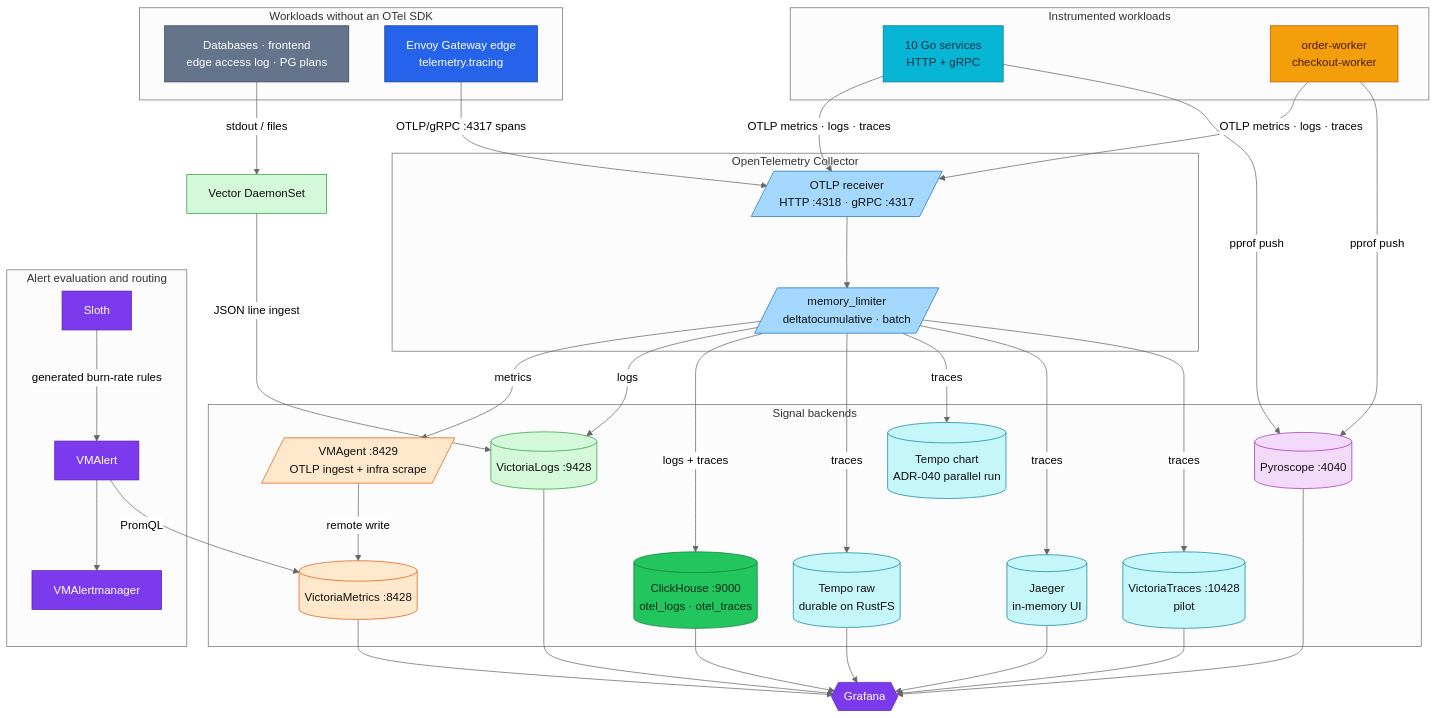
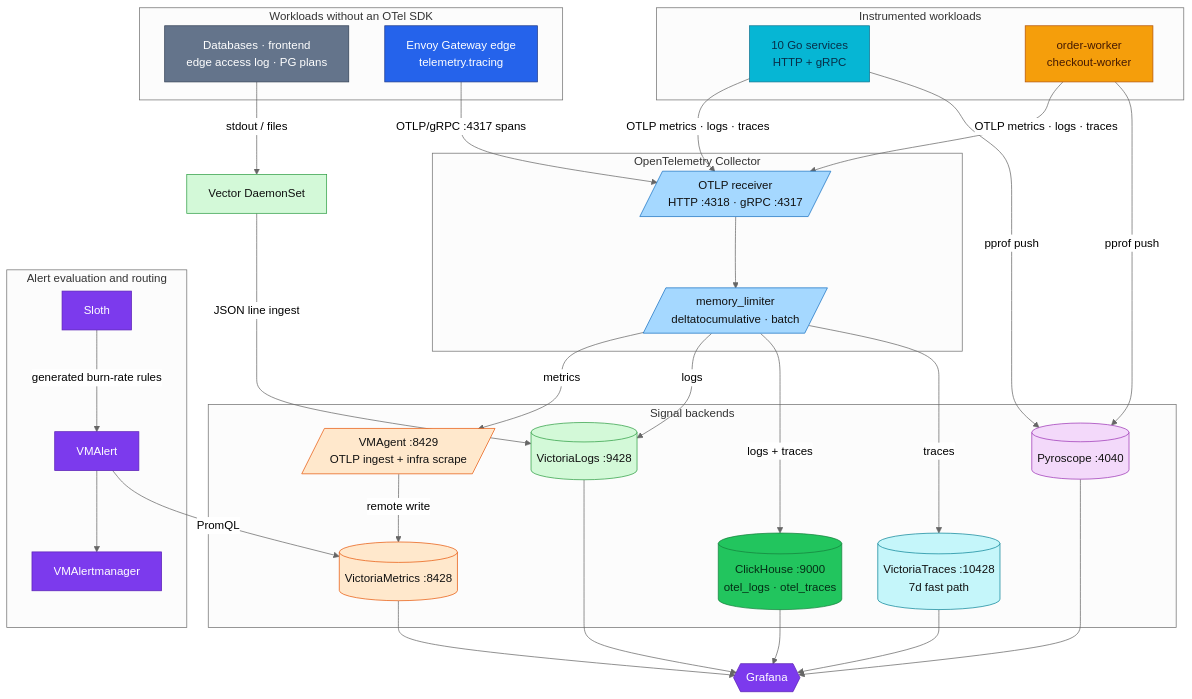
One commit to duynhlab/homelab changed the first of 5 diagrams in docs/observability/README.md. Above: the diagram before and after it, drawn with Mermaid (neutral theme). The commit also changed other lines of this file and 57 other files, not shown here.

```diff
--- a/docs/observability/README.md
+++ b/docs/observability/README.md
@@ -44,10 +44,7 @@
         VMAgent[/"VMAgent :8429<br/>OTLP ingest + infra scrape"/]
         VMSingle[("VictoriaMetrics :8428")]
         VLogs[("VictoriaLogs :9428")]
-        Tempo[("Tempo raw<br/>durable on RustFS")]
-        TempoC[("Tempo chart<br/>ADR-040 parallel run")]
-        Jaeger[("Jaeger<br/>in-memory UI")]
-        VT[("VictoriaTraces :10428<br/>pilot")]
+        VT[("VictoriaTraces :10428<br/>7d fast path")]
         CH[("ClickHouse :9000<br/>otel_logs · otel_traces")]
         Pyro[("Pyroscope :4040")]
     end
@@ -69,9 +66,6 @@
     Processors -->|"metrics"| VMAgent
     Processors -->|"logs"| VLogs
     Processors -->|"logs + traces"| CH
-    Processors -->|"traces"| Tempo
-    Processors -->|"traces"| TempoC
-    Processors -->|"traces"| Jaeger
     Processors -->|"traces"| VT
     Vector -->|"JSON line ingest"| VLogs
     VMAgent -->|"remote write"| VMSingle
@@ -79,8 +73,6 @@
 
     VMSingle --> Grafana
     VLogs --> Grafana
-    Tempo --> Grafana
-    Jaeger --> Grafana
     VT --> Grafana
     CH --> Grafana
     Pyro --> Grafana
@@ -101,7 +93,7 @@
     class Receiver,Processors collector;
     class VMAgent,VMSingle metric;
     class Vector,VLogs log;
-    class Tempo,TempoC,Jaeger,VT trace;
+    class VT trace;
     class CH data;
     class Pyro profile;
     class Sloth,VMAlert,VMAM,Grafana platform;
```
